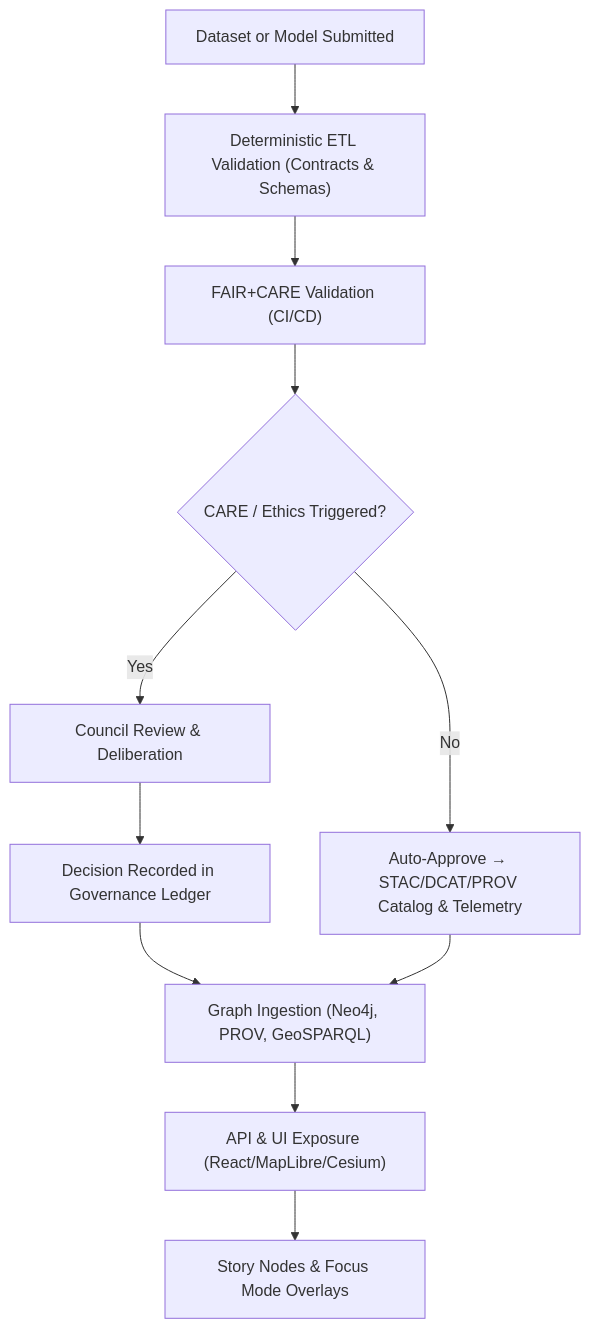
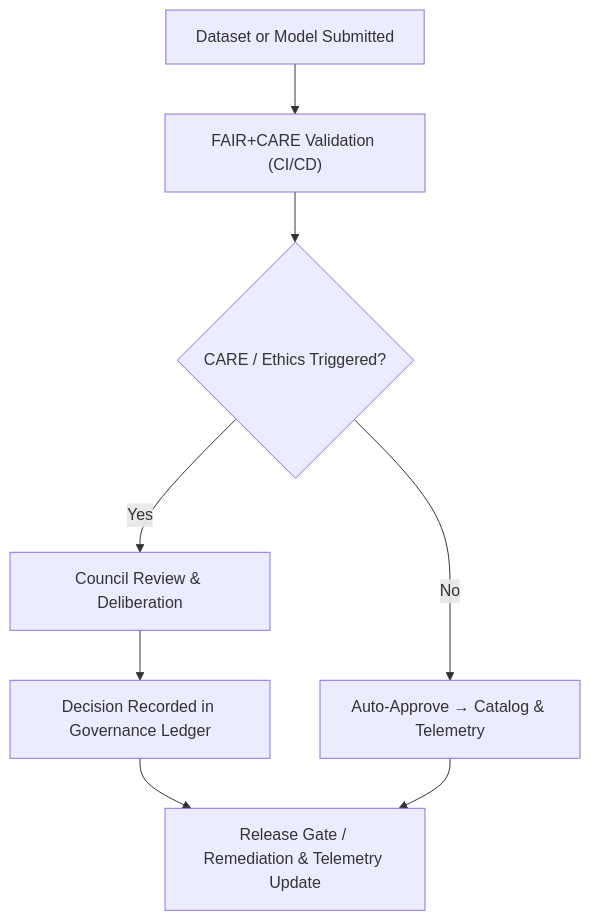
One commit to bartytime4life/Kansas-Frontier-Matrix changed the diagram in docs/standards/governance/ROOT-GOVERNANCE.md. Above: the diagram before and after it, drawn with Mermaid. The commit also changed other lines of this file, not shown here.

```diff
--- a/docs/standards/governance/ROOT-GOVERNANCE.md
+++ b/docs/standards/governance/ROOT-GOVERNANCE.md
@@ -375,13 +339,10 @@
 ~~~mermaid
 flowchart TD
-  A["Dataset or Model Submitted"] --> B["Deterministic ETL Validation (Contracts & Schemas)"]
-  B --> C["FAIR+CARE Validation (CI/CD)"]
-  C --> D{"CARE / Ethics Triggered?"}
-  D -->|No| E["Auto-Approve → STAC/DCAT/PROV Catalog & Telemetry"]
-  D -->|Yes| F["Council Review & Deliberation"]
-  F --> G["Decision Recorded in Governance Ledger"]
-  G --> H["Graph Ingestion (Neo4j, PROV, GeoSPARQL)"]
-  H --> I["API & UI Exposure (React/MapLibre/Cesium)"]
-  I --> J["Story Nodes & Focus Mode Overlays"]
-  E --> H
+  A["Dataset or Model Submitted"] --> B["FAIR+CARE Validation (CI/CD)"]
+  B --> C{"CARE / Ethics Triggered?"}
+  C -->|No| D["Auto-Approve → Catalog & Telemetry"]
+  C -->|Yes| E["Council Review & Deliberation"]
+  E --> F["Decision Recorded in Governance Ledger"]
+  F --> G["Release Gate / Remediation & Telemetry Update"]
+  D --> G
 ~~~
```
